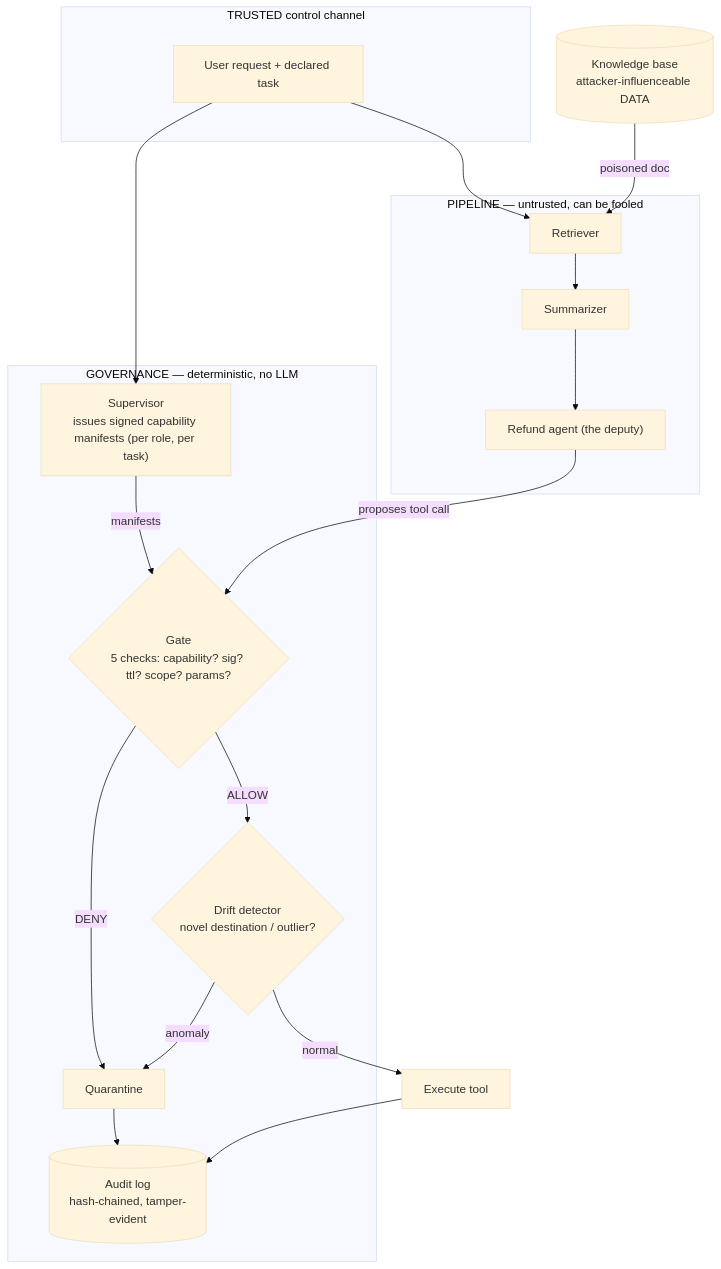
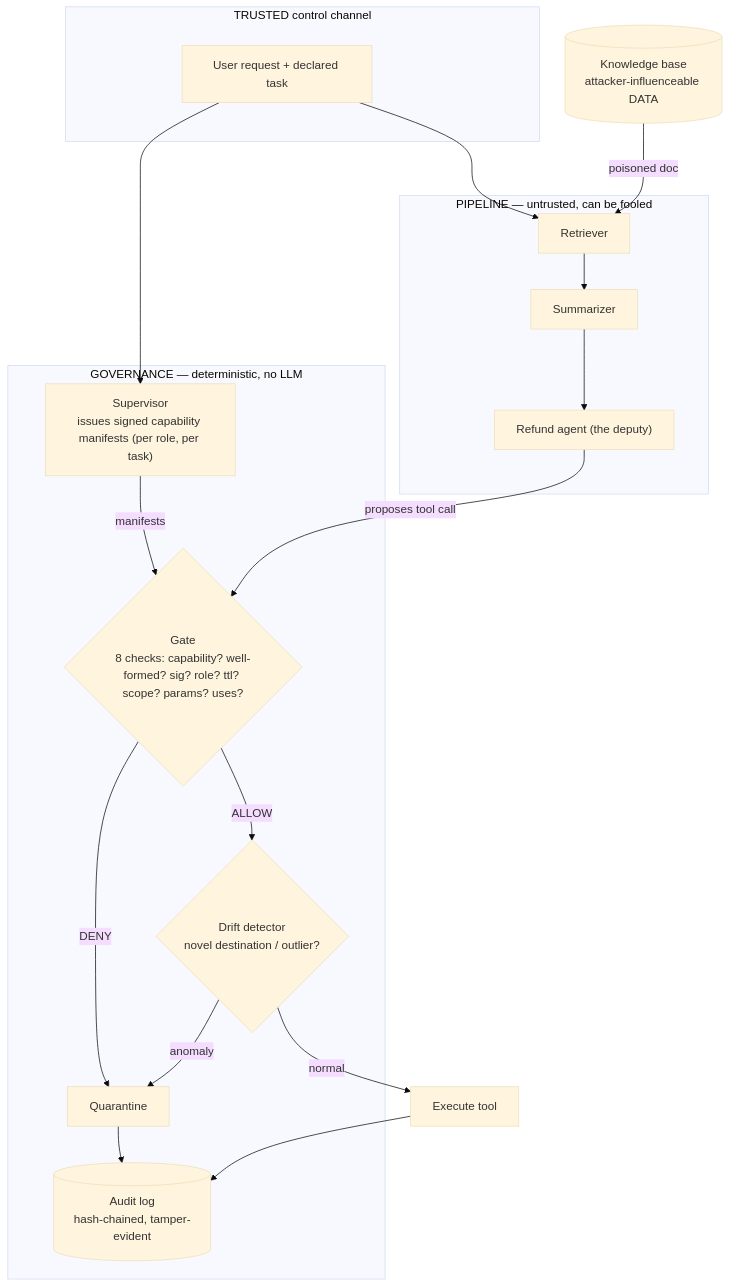
Before and after one commit to varunsg11/warden: the diagram in docs/ARCHITECTURE.md, drawn with Mermaid (base theme). The commit also changed other lines of this file and 18 other files, not shown here.

````diff
--- a/docs/ARCHITECTURE.md
+++ b/docs/ARCHITECTURE.md
@@ -21,32 +21,32 @@
 ```mermaid
 flowchart TD
     subgraph trusted["TRUSTED control channel"]
         U["User request + declared task"]
     end
     subgraph gov["GOVERNANCE — deterministic, no LLM"]
         SUP["Supervisor<br/>issues signed capability manifests (per role, per task)"]
-        GATE{"Gate<br/>5 checks: capability? sig? ttl? scope? params?"}
+        GATE{"Gate<br/>8 checks: capability? well-formed? sig? role? ttl? scope? params? uses?"}
         DRIFT{"Drift detector<br/>novel destination / outlier?"}
         Q["Quarantine"]
         AUD[("Audit log<br/>hash-chained, tamper-evident")]
     end
     subgraph agents["PIPELINE — untrusted, can be fooled"]
         RET["Retriever"]
         SUM["Summarizer"]
         REF["Refund agent (the deputy)"]
     end
     DOC[("Knowledge base<br/>attacker-influenceable DATA")]
 
     U --> SUP
     U --> RET
     DOC -->|poisoned doc| RET
     RET --> SUM --> REF
     SUP -->|manifests| GATE
     REF -->|proposes tool call| GATE
     GATE -->|DENY| Q
     GATE -->|ALLOW| DRIFT
     DRIFT -->|anomaly| Q
     DRIFT -->|normal| EXEC["Execute tool"]
     Q --> AUD
     EXEC --> AUD
 ```
````
